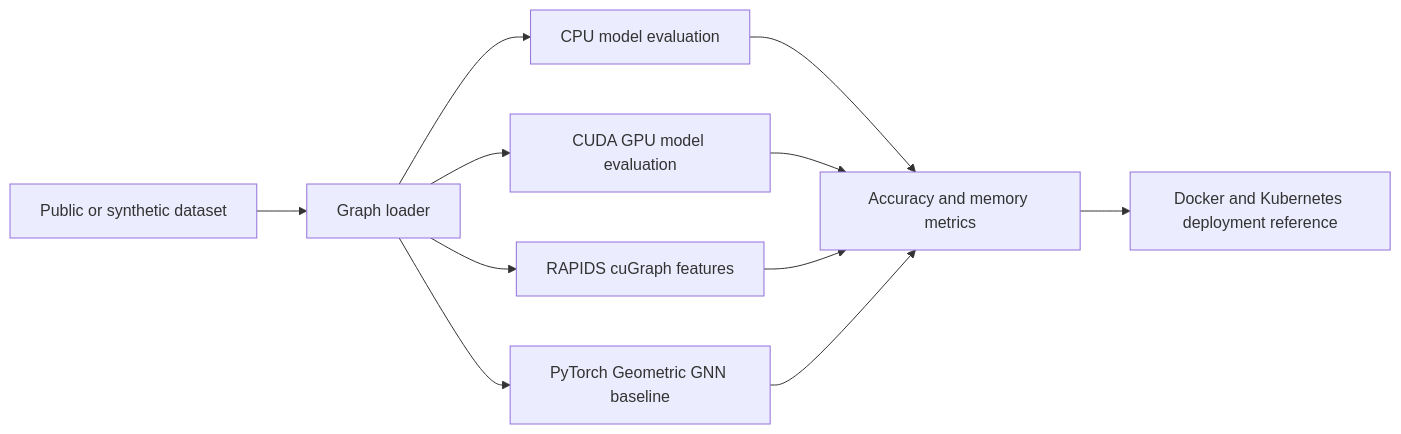
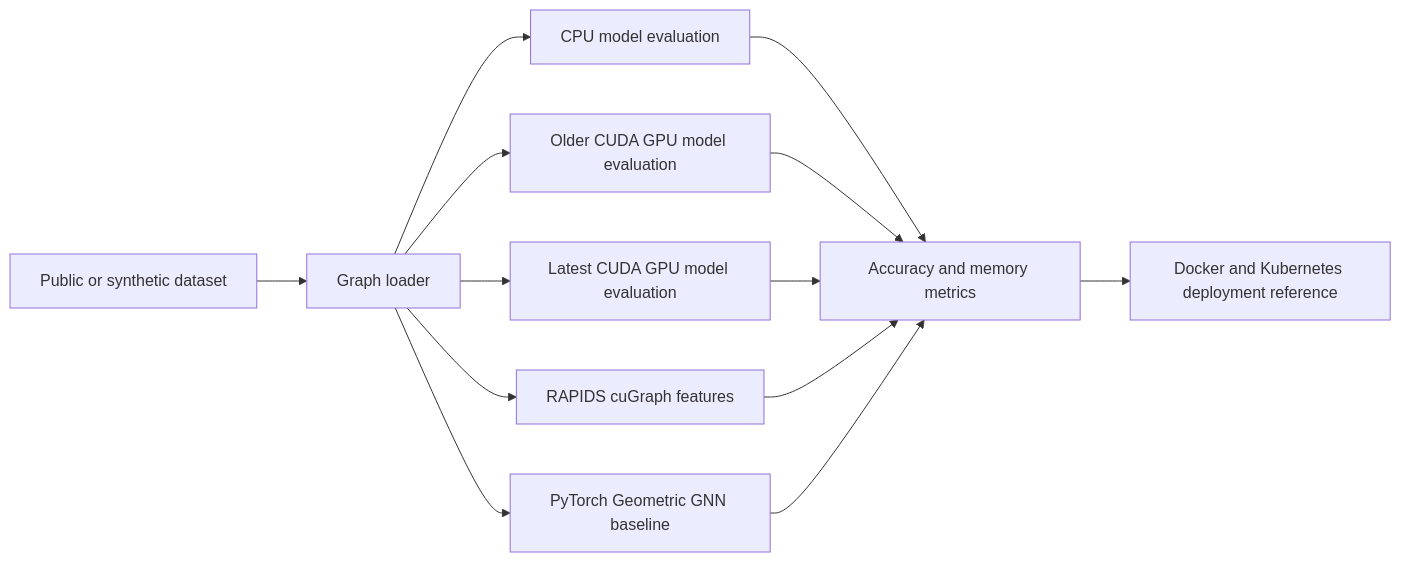
Before and after one commit to sauravsingla/cuda13-graph-ai-fraud-detection: the diagram in README.md, drawn with Mermaid. The commit also changed other lines of this file, not shown here.

Commit message:
Document CPU old CUDA latest CUDA benchmark matrix in README

````diff
--- a/README.md
+++ b/README.md
@@ -190,13 +204,15 @@
 ```mermaid
 flowchart LR
     A[Public or synthetic dataset] --> B[Graph loader]
     B --> C[CPU model evaluation]
-    B --> D[CUDA GPU model evaluation]
-    B --> E[RAPIDS cuGraph features]
-    B --> F[PyTorch Geometric GNN baseline]
-    C --> G[Accuracy and memory metrics]
-    D --> G
-    E --> G
-    F --> G
-    G --> H[Docker and Kubernetes deployment reference]
+    B --> D[Older CUDA GPU model evaluation]
+    B --> E[Latest CUDA GPU model evaluation]
+    B --> F[RAPIDS cuGraph features]
+    B --> G[PyTorch Geometric GNN baseline]
+    C --> H[Accuracy and memory metrics]
+    D --> H
+    E --> H
+    F --> H
+    G --> H
+    H --> I[Docker and Kubernetes deployment reference]
 ```
````
